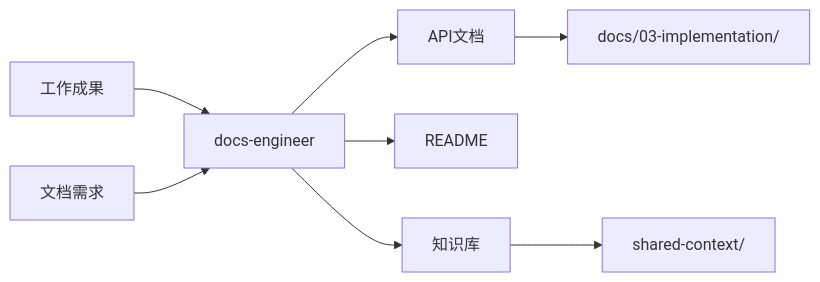
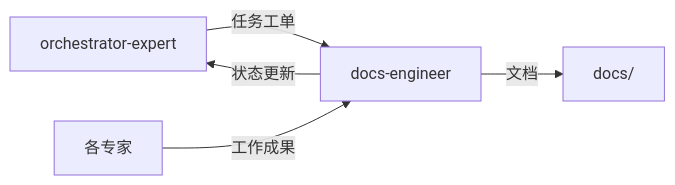
The diagram in skills/docs-engineer/SKILL.md (Tooooommy/Trae-Workflow), drawn with Mermaid before and after one commit. The commit also changed other lines of this file, not shown here.

First line of the commit message:
refactor: optimize docs-engineer for orchestrator-expert workflow

````diff
--- a/skills/docs-engineer/SKILL.md
+++ b/skills/docs-engineer/SKILL.md
@@ -471,10 +79,7 @@
 ```mermaid
 flowchart LR
-    A[工作成果] --> B[docs-engineer]
-    C[文档需求] --> B
-    B --> D[API文档]
-    B --> E[README]
-    B --> F[知识库]
-    D --> G[docs/03-implementation/]
-    F --> H[shared-context/]
+    A[orchestrator-expert] -->|任务工单| B[docs-engineer]
+    C[各专家] -->|工作成果| B
+    B -->|文档| D[docs/]
+    B -->|状态更新| A
 ```
````
